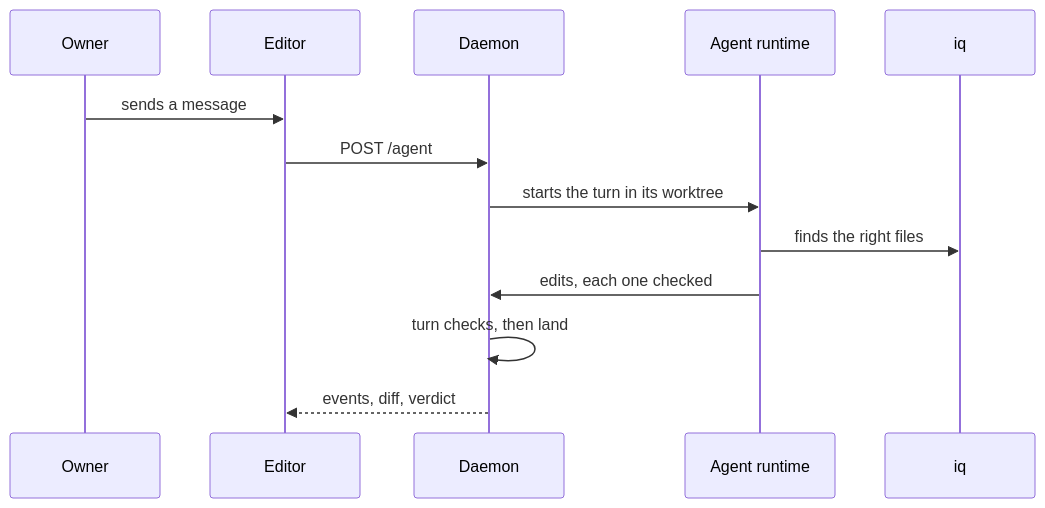
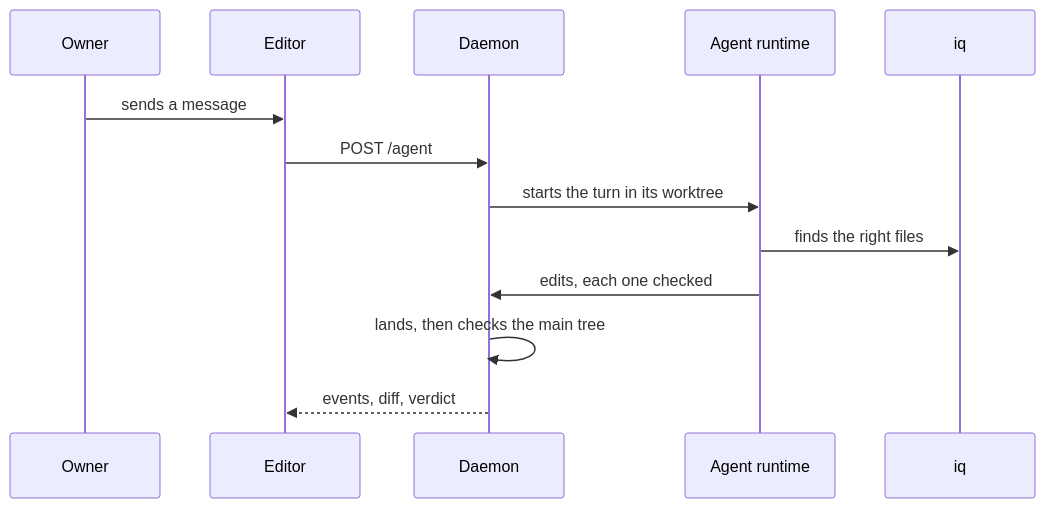
Before and after one commit to intentic/intentic: the second of 3 diagrams in docs/architecture/repo.md, drawn with Mermaid. The commit also changed other lines of this file and 178 other files, not shown here.

````diff
--- a/docs/architecture/repo.md
+++ b/docs/architecture/repo.md
@@ -23,15 +23,15 @@
 ```mermaid
 sequenceDiagram
     participant O as Owner
     participant E as Editor
     participant D as Daemon
     participant A as Agent runtime
     participant S as iq
     O->>E: sends a message
     E->>D: POST /agent
     D->>A: starts the turn in its worktree
     A->>S: finds the right files
     A->>D: edits, each one checked
-    D->>D: turn checks, then land
+    D->>D: lands, then checks the main tree
     D-->>E: events, diff, verdict
 ```
````
